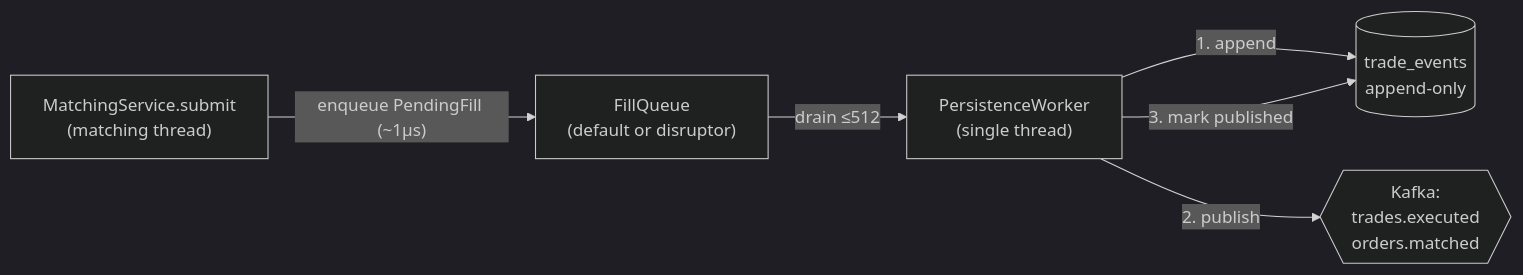
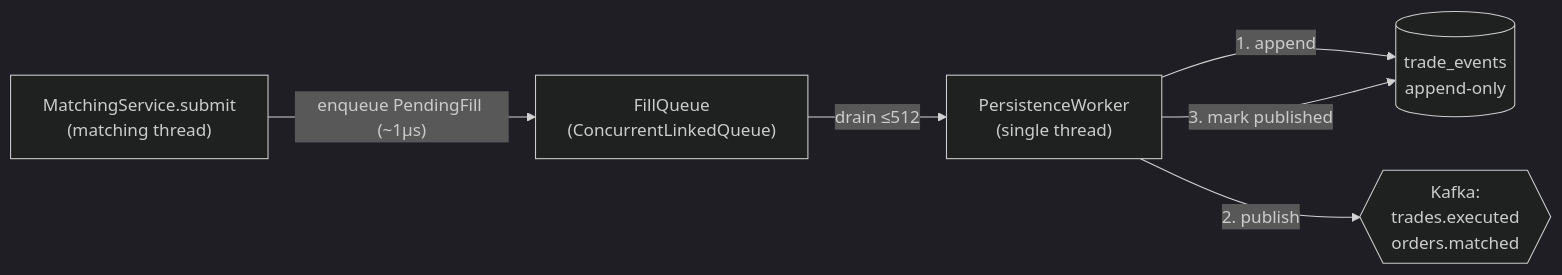
The first of 5 diagrams in 05-event-sourcing-persistence.md (mc139/fx-oee-docs), drawn with Mermaid (dark theme) before and after one commit. The commit also changed other lines of this file and 25 other files, not shown here.

````diff
--- a/05-event-sourcing-persistence.md
+++ b/05-event-sourcing-persistence.md
@@ -25,8 +19,8 @@
 ```mermaid
 flowchart LR
-    MS["MatchingService.submit<br/>(matching thread)"] -->|"enqueue PendingFill (~1µs)"| FQ["FillQueue<br/>(default or disruptor)"]
+    MS["MatchingService.submit<br/>(matching thread)"] -->|"enqueue PendingFill (~1µs)"| FQ["FillQueue<br/>(ConcurrentLinkedQueue)"]
     FQ -->|"drain ≤512"| PW["PersistenceWorker<br/>(single thread)"]
     PW -->|"1. append"| LOG[("trade_events<br/>append-only")]
     PW -->|"2. publish"| K{{"Kafka:<br/>trades.executed<br/>orders.matched"}}
     PW -->|"3. mark published"| LOG
 ```
````
